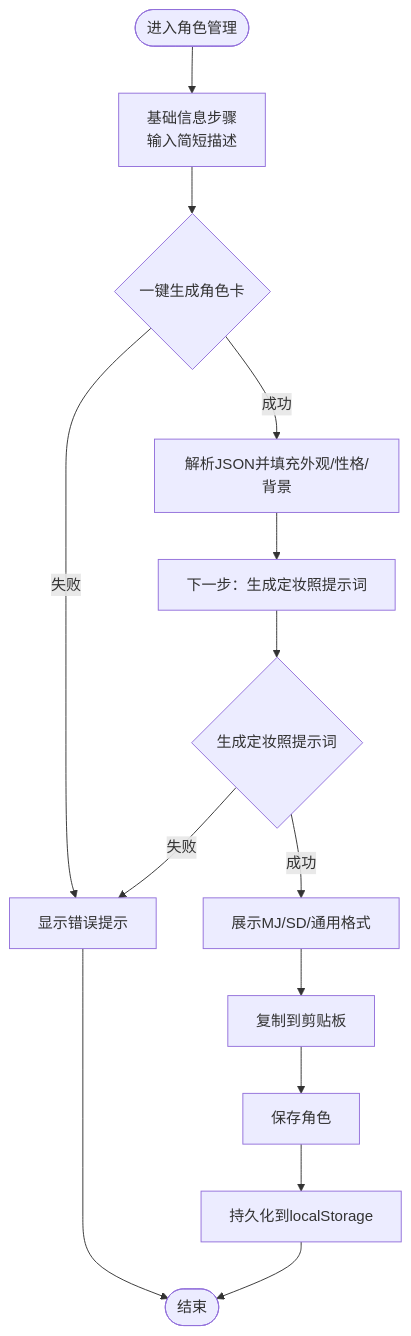
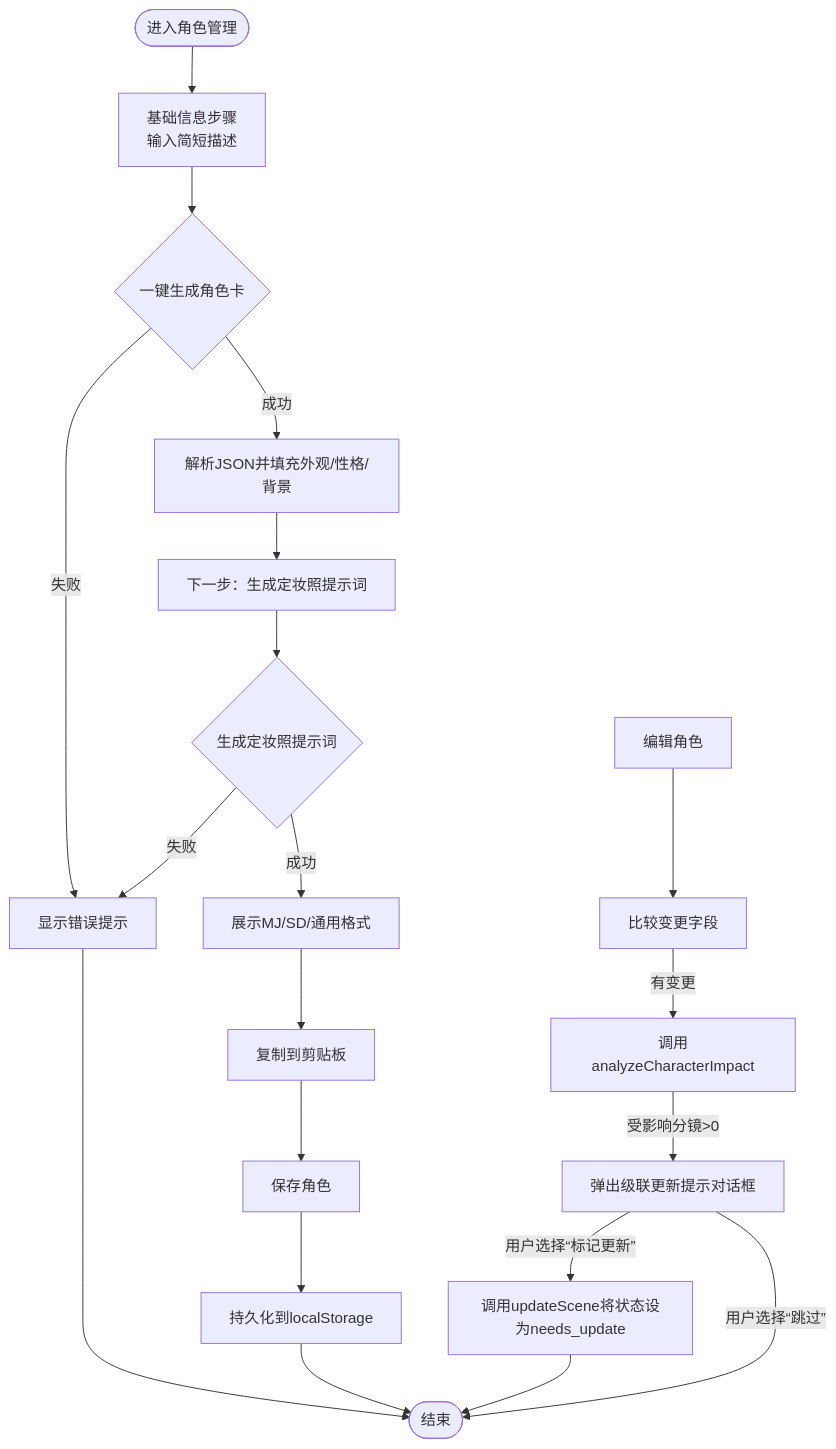
The third of 5 diagrams in .qoder/repowiki/zh/content/核心功能详解/角色管理.md (leonaiuv/aixsss), drawn with Mermaid before and after one commit. The commit also changed other lines of this file and 5 other files, not shown here.

````diff
--- a/.qoder/repowiki/zh/content/核心功能详解/角色管理.md
+++ b/.qoder/repowiki/zh/content/核心功能详解/角色管理.md
@@ -141,16 +182,22 @@
 ```mermaid
 flowchart TD
 Start(["进入角色管理"]) --> Step1["基础信息步骤<br/>输入简短描述"]
 Step1 --> GenBasic{"一键生成角色卡"}
 GenBasic --> |成功| FillFields["解析JSON并填充外观/性格/背景"]
 GenBasic --> |失败| ShowError["显示错误提示"]
 FillFields --> NextStep["下一步：生成定妆照提示词"]
 NextStep --> GenPortrait{"生成定妆照提示词"}
 GenPortrait --> |成功| ShowFormats["展示MJ/SD/通用格式"]
 GenPortrait --> |失败| ShowError
 ShowFormats --> Copy["复制到剪贴板"]
 Copy --> Save["保存角色"]
 Save --> Persist["持久化到localStorage"]
 ShowError --> End(["结束"])
 Persist --> End
+Edit["编辑角色"] --> Compare["比较变更字段"]
+Compare --> |有变更| AnalyzeImpact["调用analyzeCharacterImpact"]
+AnalyzeImpact --> |受影响分镜>0| ShowCascadeDialog["弹出级联更新提示对话框"]
+ShowCascadeDialog --> |用户选择“标记更新”| MarkUpdate["调用updateScene将状态设为needs_update"]
+MarkUpdate --> End
+ShowCascadeDialog --> |用户选择“跳过”| End
 ```
````
